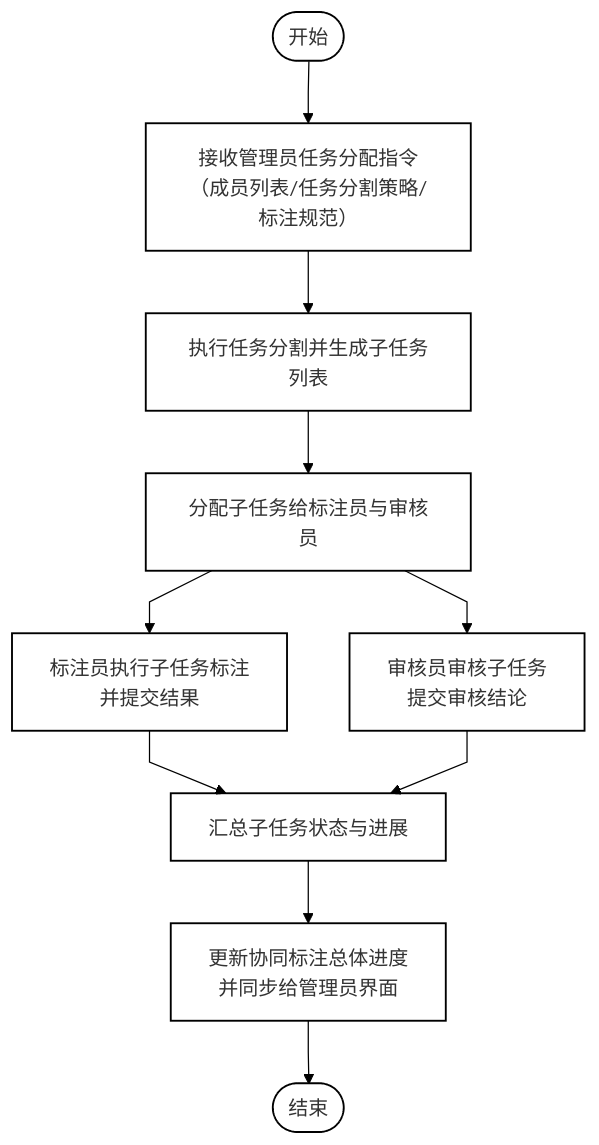
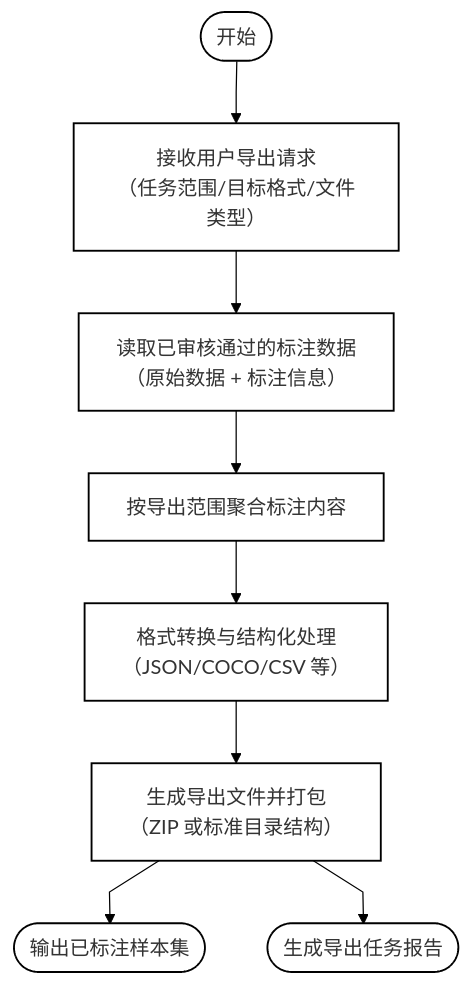
One commit to dremup/iodraw-files changed the diagram in all/未命名-1.md. Above: the diagram before and after it, drawn with Mermaid.

Commit message:
2025-11-17 11:25:33 update

````diff
--- a/all/未命名-1.md
+++ b/all/未命名-1.md
@@ -1,37 +1,30 @@
 ```mermaid
 %%{init:{
   "flowchart":{"direction":"TB","curve":"linear","htmlLabels":true},
   "themeVariables":{
     "background":"transparent",
     "edgeLabelBackground":"transparent",
     "primaryTextColor":"#000",
     "lineColor":"#000",
     "fontSize":"16px"
   },
   "themeCSS":".edgeLabel rect{fill:transparent!important;stroke:transparent!important;}"
 }}%%
 flowchart TB
 
-  A([开始]):::ellipse --> B[接收管理员任务分配指令<br/>（成员列表/任务分割策略/标注规范）]:::rect
-  B --> C[执行任务分割并生成子任务列表]:::rect
-  C --> D[分配子任务给标注员与审核员]:::rect
+  A([开始]):::ellipse --> B[接收用户导出请求<br/>（任务范围/目标格式/文件类型）]:::rect
+  B --> C[读取已审核通过的标注数据<br/>（原始数据 + 标注信息）]:::rect
+  C --> D[按导出范围聚合标注内容]:::rect
+  D --> E[格式转换与结构化处理<br/>（JSON/COCO/CSV 等）]:::rect
+  E --> F[生成导出文件并打包<br/>（ZIP 或标准目录结构）]:::rect
+  F --> G([输出已标注样本集]):::ellipse
+  F --> H([生成导出任务报告]):::ellipse
 
-  %% 并行逻辑段
-  D --> E1[标注员执行子任务标注<br/>并提交结果]:::rect
-  D --> E2[审核员审核子任务<br/>提交审核结论]:::rect
-
-  %% 汇总段
-  E1 --> F[汇总子任务状态与进展]:::rect
-  E2 --> F
-
-  F --> G[更新协同标注总体进度<br/>并同步给管理员界面]:::rect
-  G --> H([结束]):::ellipse
-
-  %% 样式定义
+  %% 样式
   classDef ellipse fill:transparent,stroke:#000,stroke-width:1.5px,rx:22,ry:22;
   classDef rect fill:transparent,stroke:#000,stroke-width:1.5px;
 
-  class A,H ellipse;
-  class B,C,D,E1,E2,F,G rect;
+  class A,G,H ellipse;
+  class B,C,D,E,F rect;
 
 ```
````
